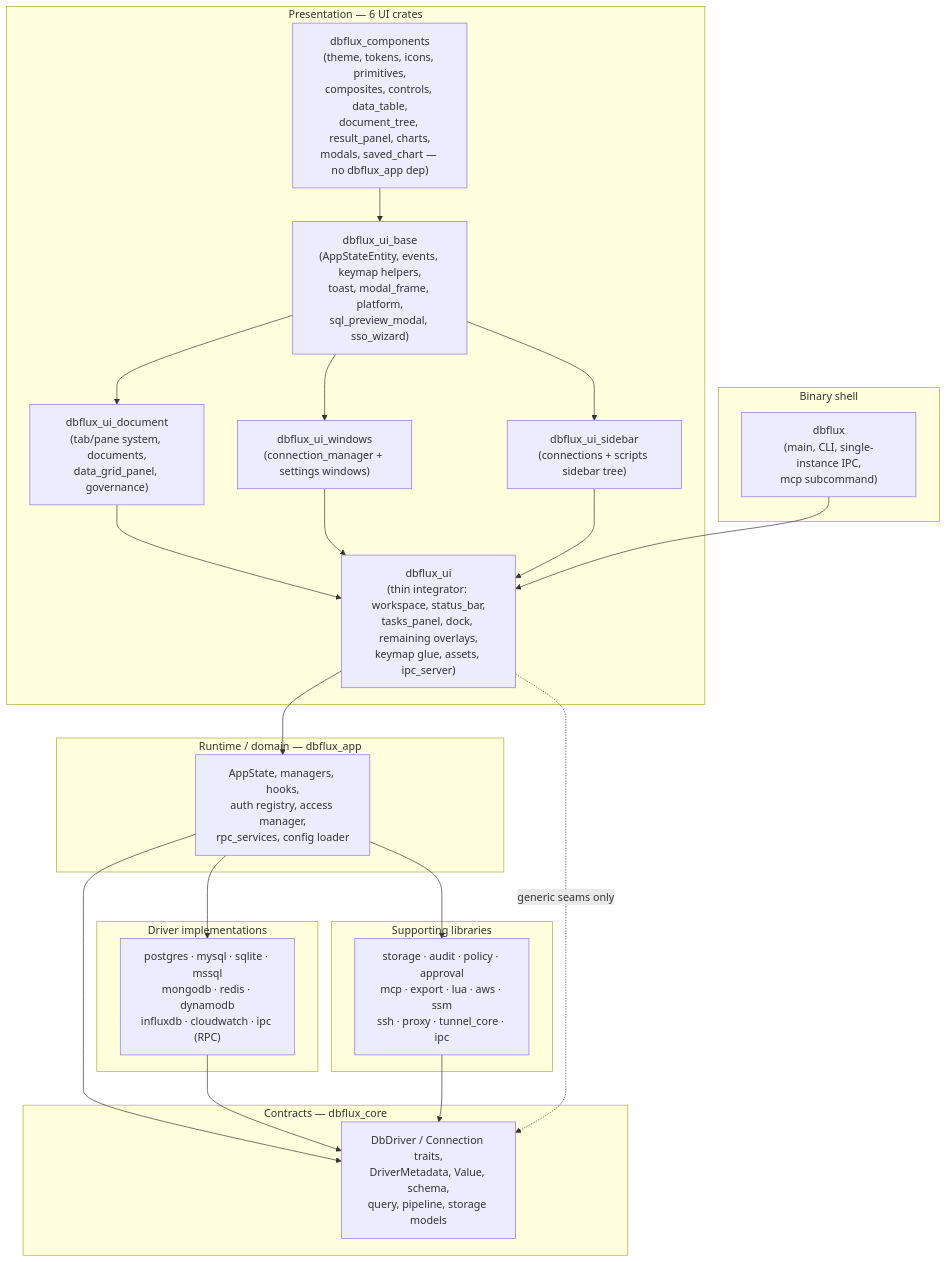
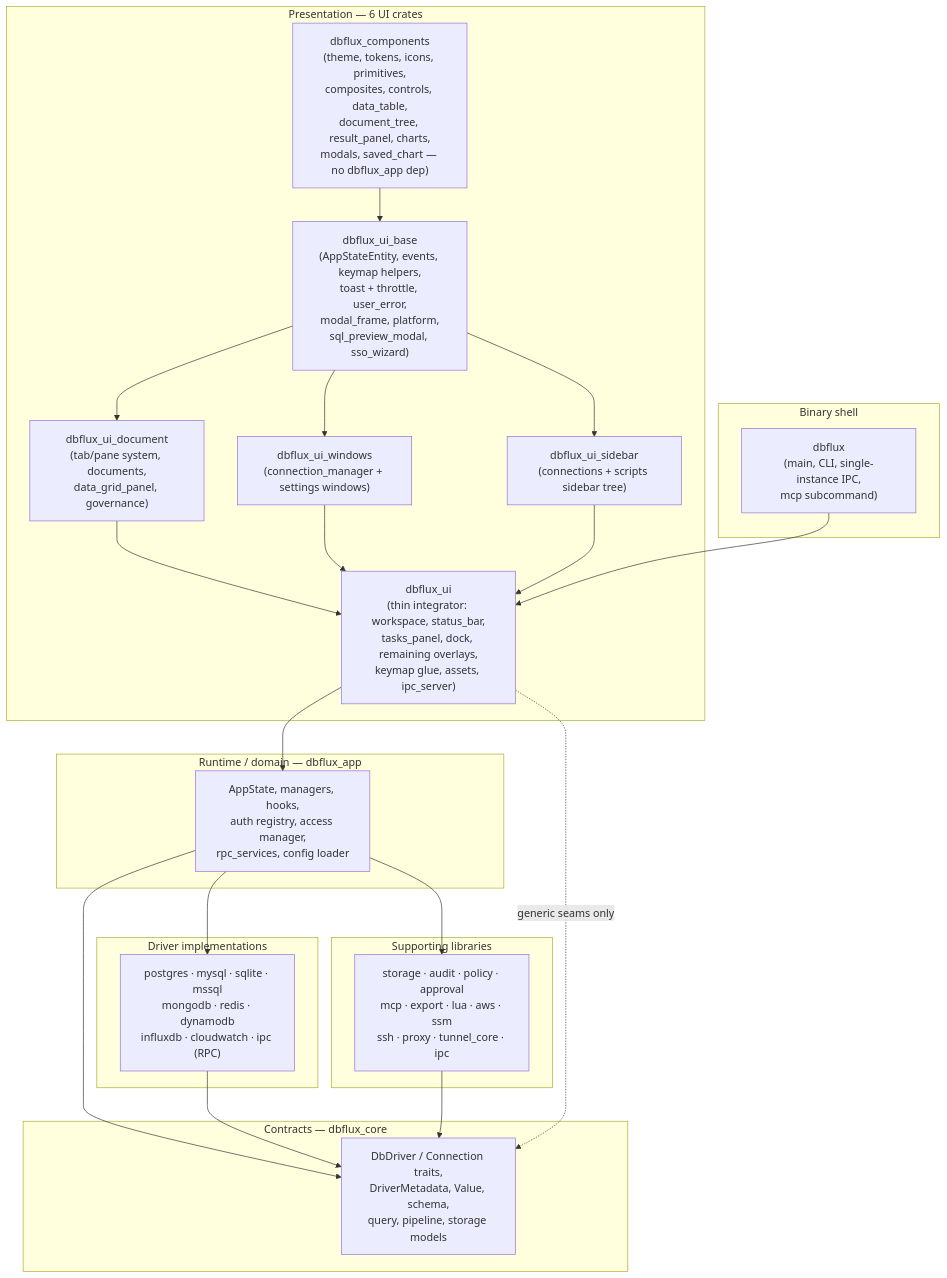
One commit to 0xErwin1/dbflux changed the first of 3 diagrams in ARCHITECTURE.md. Above: the diagram before and after it, drawn with Mermaid. The commit also changed other lines of this file and 29 other files, not shown here.

First line of the commit message:
feat(ui): centralize user-facing error reporting with toast + audit emission (#158)

````diff
--- a/ARCHITECTURE.md
+++ b/ARCHITECTURE.md
@@ -18,39 +18,39 @@
 ```mermaid
 flowchart TB
     subgraph Shell["Binary shell"]
         bin["dbflux<br/>(main, CLI, single-instance IPC,<br/>mcp subcommand)"]
     end
 
     subgraph UI["Presentation — 6 UI crates"]
         uicomp["dbflux_components<br/>(theme, tokens, icons, primitives,<br/>composites, controls, data_table,<br/>document_tree, result_panel, charts,<br/>modals, saved_chart — no dbflux_app dep)"]
-        uibase["dbflux_ui_base<br/>(AppStateEntity, events, keymap helpers,<br/>toast, modal_frame, platform,<br/>sql_preview_modal, sso_wizard)"]
+        uibase["dbflux_ui_base<br/>(AppStateEntity, events, keymap helpers,<br/>toast + throttle, user_error,<br/>modal_frame, platform,<br/>sql_preview_modal, sso_wizard)"]
         uidoc["dbflux_ui_document<br/>(tab/pane system, documents,<br/>data_grid_panel, governance)"]
         uisidebar["dbflux_ui_sidebar<br/>(connections + scripts sidebar tree)"]
         uiwindows["dbflux_ui_windows<br/>(connection_manager + settings windows)"]
         uithin["dbflux_ui<br/>(thin integrator: workspace, status_bar,<br/>tasks_panel, dock, remaining overlays,<br/>keymap glue, assets, ipc_server)"]
         uicomp --> uibase --> uidoc & uiwindows & uisidebar --> uithin
     end
 
     subgraph Runtime["Runtime / domain — dbflux_app"]
         app["AppState, managers, hooks,<br/>auth registry, access manager,<br/>rpc_services, config loader"]
     end
 
     subgraph Core["Contracts — dbflux_core"]
         core["DbDriver / Connection traits,<br/>DriverMetadata, Value, schema,<br/>query, pipeline, storage models"]
     end
 
     subgraph Drivers["Driver implementations"]
         drv["postgres · mysql · sqlite · mssql<br/>mongodb · redis · dynamodb<br/>influxdb · cloudwatch · ipc (RPC)"]
     end
 
     subgraph Support["Supporting libraries"]
         sup["storage · audit · policy · approval<br/>mcp · export · lua · aws · ssm<br/>ssh · proxy · tunnel_core · ipc"]
     end
 
     bin --> uithin --> app --> core
     drv --> core
     sup --> core
     app --> drv
     app --> sup
     uithin -. "generic seams only" .-> core
 ```
````
